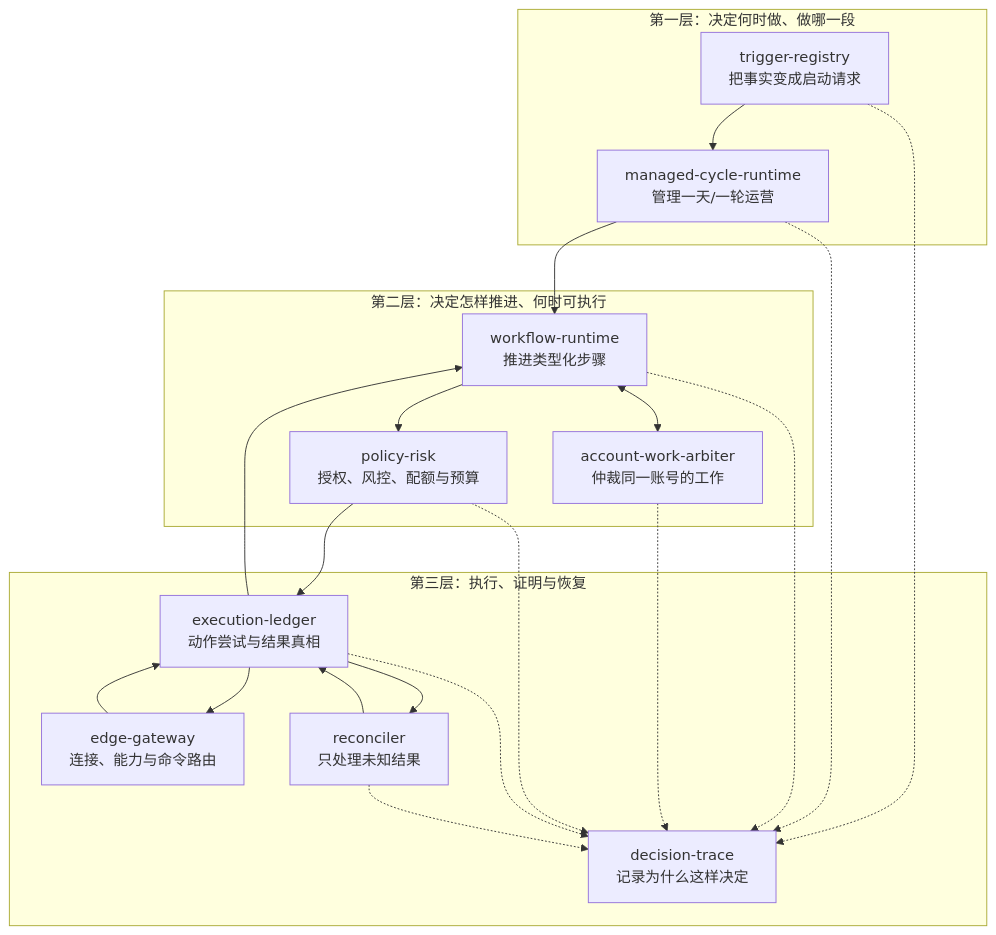
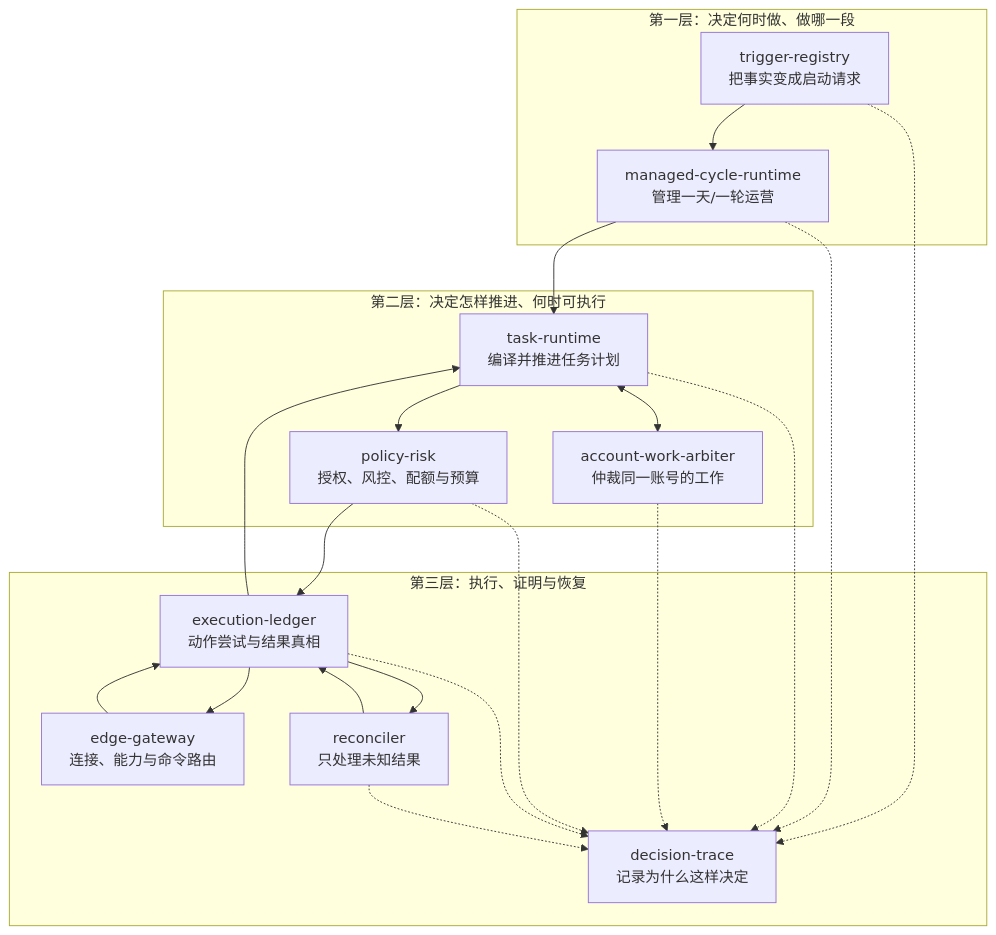
One commit to tommax-bai/aidcp changed the first of 6 diagrams in openspec/changes/add-managed-automation-runtime/design.md. Above: the diagram before and after it, drawn with Mermaid. The commit also changed other lines of this file and 8 other files, not shown here.

Commit message:
docs: clarify automation task runtime model

````diff
--- a/openspec/changes/add-managed-automation-runtime/design.md
+++ b/openspec/changes/add-managed-automation-runtime/design.md
@@ -83,38 +83,38 @@
 ```mermaid
 flowchart TB
   subgraph L1["第一层：决定何时做、做哪一段"]
     TR["trigger-registry<br/>把事实变成启动请求"]
     MC["managed-cycle-runtime<br/>管理一天/一轮运营"]
   end
 
   subgraph L2["第二层：决定怎样推进、何时可执行"]
-    WF["workflow-runtime<br/>推进类型化步骤"]
+    RT["task-runtime<br/>编译并推进任务计划"]
     AR["account-work-arbiter<br/>仲裁同一账号的工作"]
     PR["policy-risk<br/>授权、风控、配额与预算"]
   end
 
   subgraph L3["第三层：执行、证明与恢复"]
     EL["execution-ledger<br/>动作尝试与结果真相"]
     EG["edge-gateway<br/>连接、能力与命令路由"]
     RC["reconciler<br/>只处理未知结果"]
     DT["decision-trace<br/>记录为什么这样决定"]
   end
 
   TR --> MC
-  MC --> WF
-  WF <--> AR
-  WF --> PR
+  MC --> RT
+  RT <--> AR
+  RT --> PR
   PR --> EL
   EL --> EG
   EG --> EL
-  EL --> WF
+  EL --> RT
   EL --> RC
   RC --> EL
   TR -.-> DT
   MC -.-> DT
-  WF -.-> DT
+  RT -.-> DT
   AR -.-> DT
   PR -.-> DT
   EL -.-> DT
   RC -.-> DT
 ```
````
